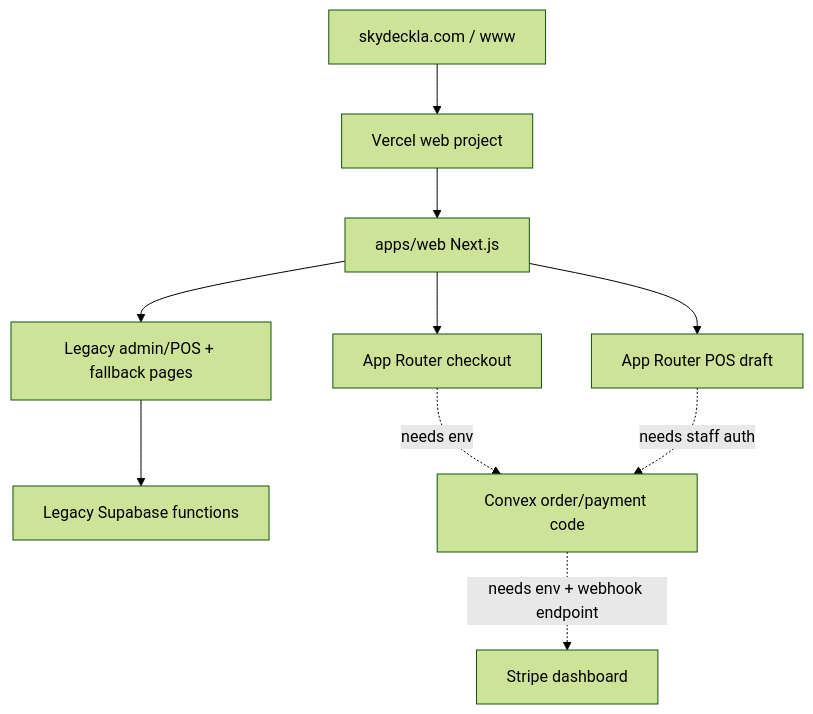
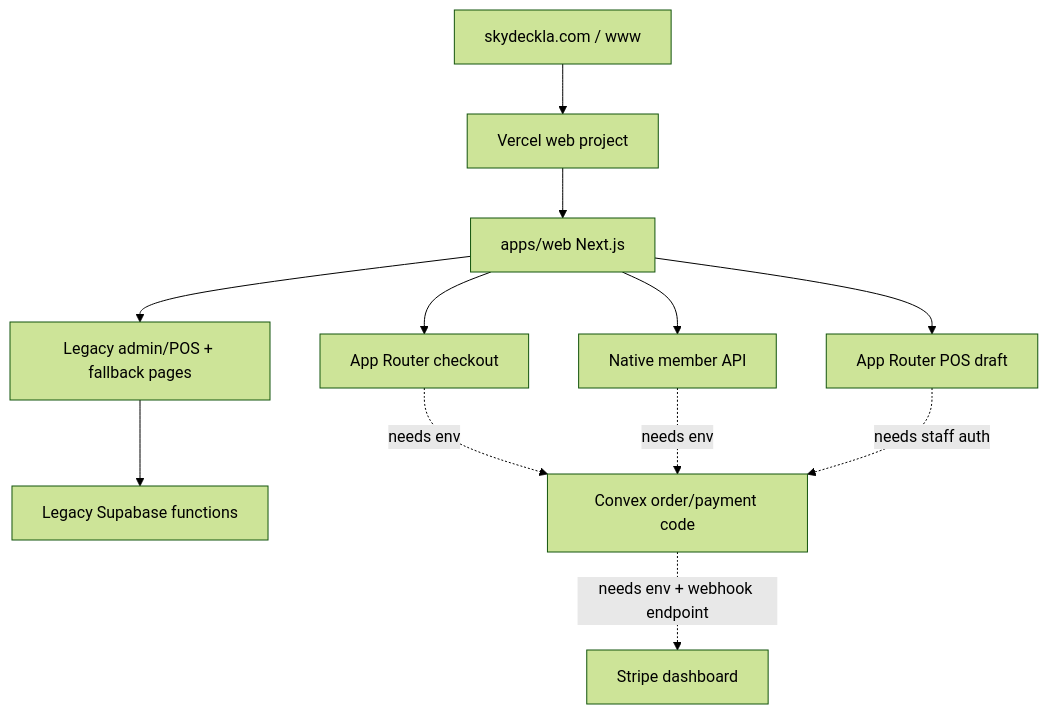
One commit to junyengit/skyla changed the diagram in docs/runbooks/production-readiness-checklist.md. Above: the diagram before and after it, drawn with Mermaid (forest theme). The commit also changed other lines of this file and 12 other files, not shown here.

Commit message:
Add native member application spine

````diff
--- a/docs/runbooks/production-readiness-checklist.md
+++ b/docs/runbooks/production-readiness-checklist.md
@@ -80,19 +85,22 @@
 ```mermaid
 flowchart TD
   domain["skydeckla.com / www"]
   vercel["Vercel web project"]
   next["apps/web Next.js"]
   checkout["App Router checkout"]
+  members["Native member API"]
   posNext["App Router POS draft"]
   legacy["Legacy admin/POS + fallback pages"]
   supabase["Legacy Supabase functions"]
   convex["Convex order/payment code"]
   stripe["Stripe dashboard"]
 
   domain --> vercel --> next --> checkout
+  next --> members
   next --> posNext
   next --> legacy --> supabase
   checkout -. "needs env" .-> convex
+  members -. "needs env" .-> convex
   posNext -. "needs staff auth" .-> convex
   convex -. "needs env + webhook endpoint" .-> stripe
 ```
````
